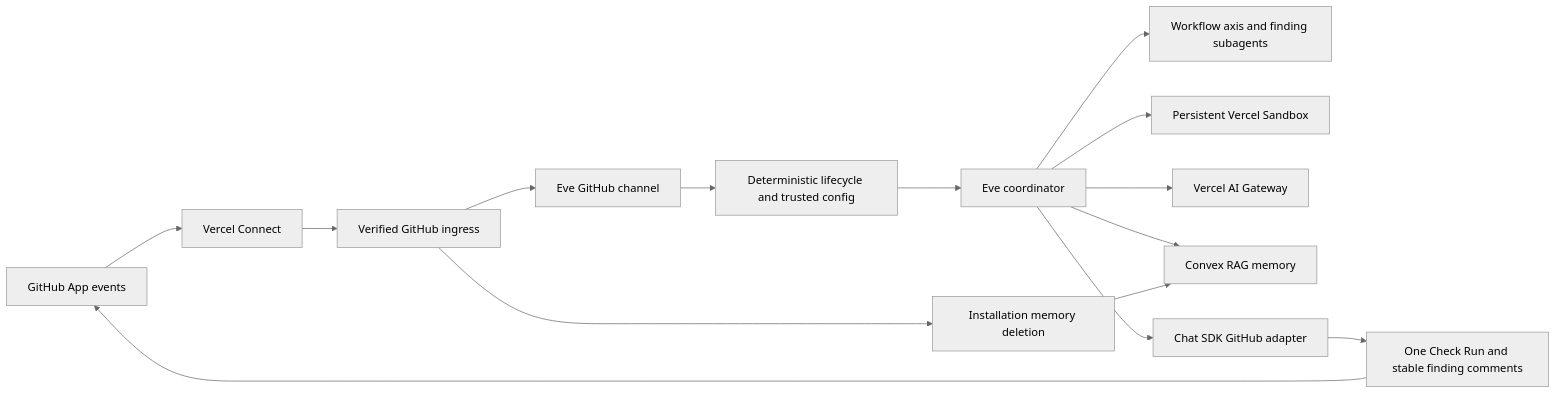
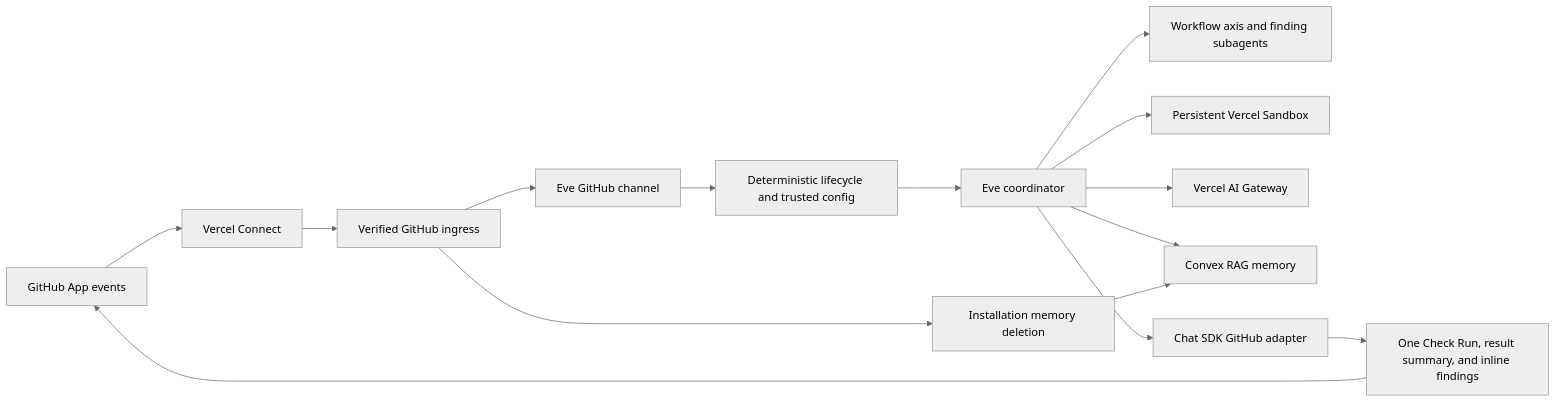
The diagram in docs/architecture.md (frostney/known-good-review), drawn with Mermaid (neutral theme) before and after one commit. The commit also changed other lines of this file and 10 other files, not shown here.

````diff
--- a/docs/architecture.md
+++ b/docs/architecture.md
@@ -5,17 +5,17 @@
 ```mermaid
 flowchart LR
   GH["GitHub App events"] --> VC["Vercel Connect"]
   VC --> GI["Verified GitHub ingress"]
   GI --> EC["Eve GitHub channel"]
   GI --> MD["Installation memory deletion"]
   EC --> LC["Deterministic lifecycle and trusted config"]
   LC --> ER["Eve coordinator"]
   ER --> WF["Workflow axis and finding subagents"]
   ER --> VS["Persistent Vercel Sandbox"]
   ER --> AG["Vercel AI Gateway"]
   ER --> CM["Convex RAG memory"]
   MD --> CM
   ER --> CS["Chat SDK GitHub adapter"]
-  CS --> CR["One Check Run and stable finding comments"]
+  CS --> CR["One Check Run, result summary, and inline findings"]
   CR --> GH
 ```
````
